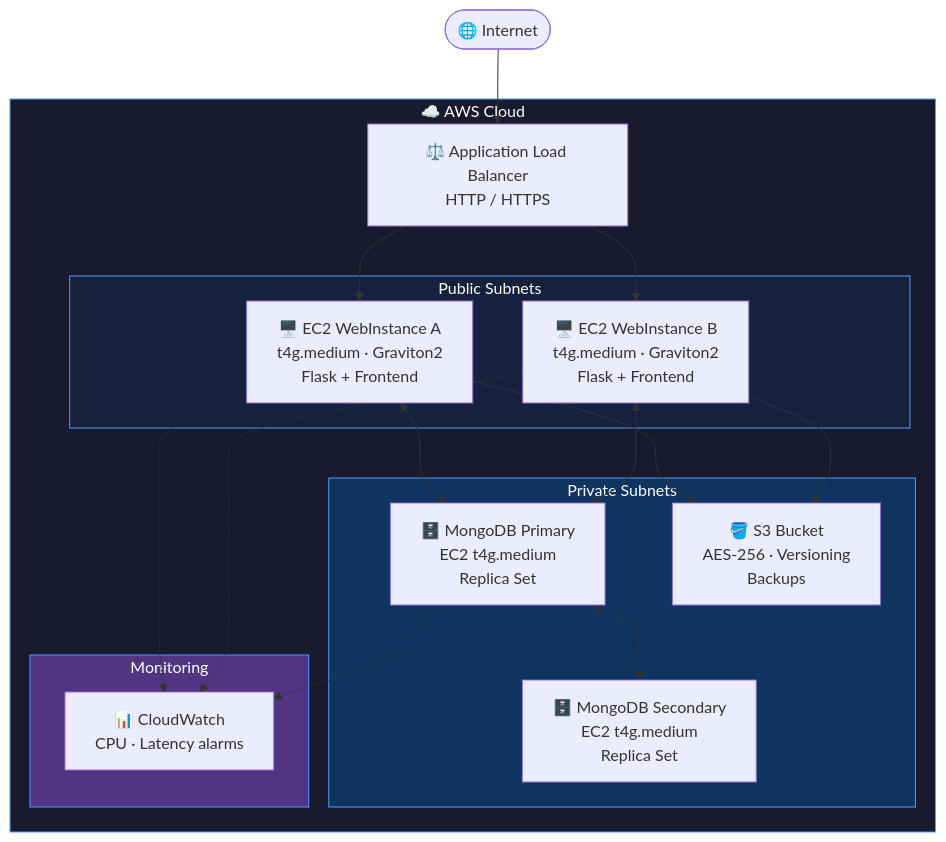
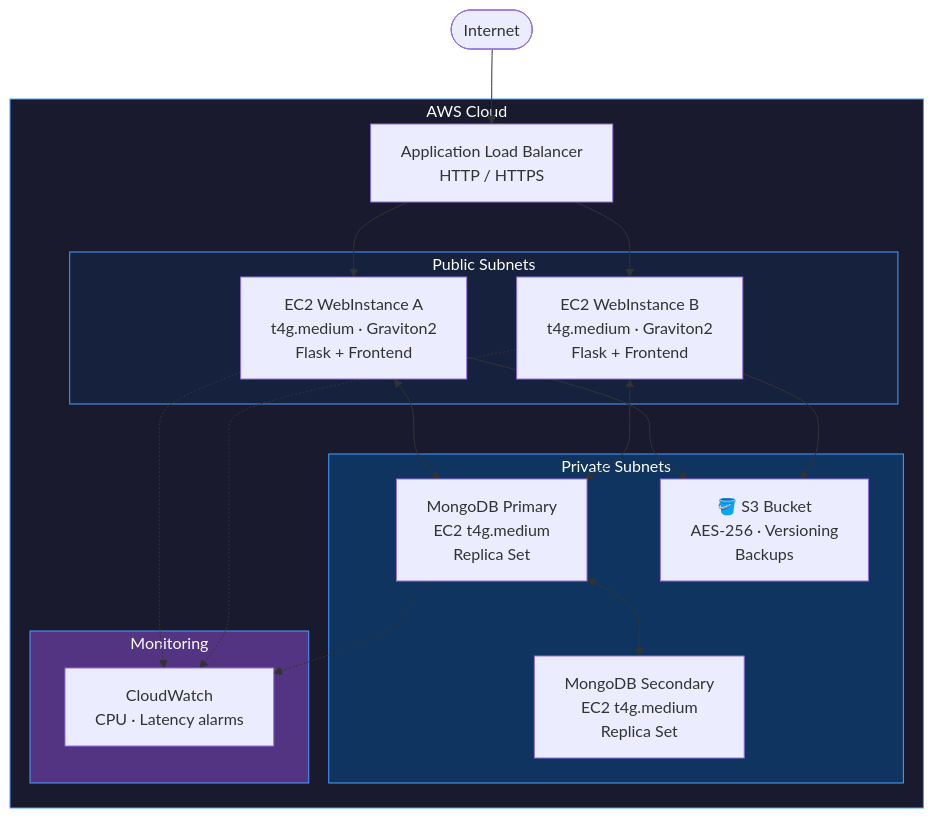
Before and after one commit to gvmmo/ThreatHunt: the first of 3 diagrams in docs/architecture.md, drawn with Mermaid. The commit also changed other lines of this file, not shown here.

````diff
--- a/docs/architecture.md
+++ b/docs/architecture.md
@@ -11,39 +11,39 @@
 ```mermaid
 graph TD
-    Internet([🌐 Internet]) --> ALB
+    Internet([Internet]) --> ALB
  
-    subgraph AWS ["☁️ AWS Cloud"]
-        ALB["⚖️ Application Load Balancer\nHTTP / HTTPS"]
+    subgraph AWS ["AWS Cloud"]
+        ALB["Application Load Balancer\nHTTP / HTTPS"]
  
         subgraph Public ["Public Subnets"]
-            WebA["🖥️ EC2 WebInstance A\nt4g.medium · Graviton2\nFlask + Frontend"]
-            WebB["🖥️ EC2 WebInstance B\nt4g.medium · Graviton2\nFlask + Frontend"]
+            WebA["EC2 WebInstance A\nt4g.medium · Graviton2\nFlask + Frontend"]
+            WebB["EC2 WebInstance B\nt4g.medium · Graviton2\nFlask + Frontend"]
         end
  
         subgraph Private ["Private Subnets"]
-            MongoPrimary["🗄️ MongoDB Primary\nEC2 t4g.medium\nReplica Set"]
-            MongoSecondary["🗄️ MongoDB Secondary\nEC2 t4g.medium\nReplica Set"]
+            MongoPrimary["MongoDB Primary\nEC2 t4g.medium\nReplica Set"]
+            MongoSecondary["MongoDB Secondary\nEC2 t4g.medium\nReplica Set"]
             S3["🪣 S3 Bucket\nAES-256 · Versioning\nBackups"]
         end
  
         subgraph Monitoring ["Monitoring"]
-            CloudWatch["📊 CloudWatch\nCPU · Latency alarms"]
+            CloudWatch["CloudWatch\nCPU · Latency alarms"]
         end
     end
  
     ALB --> WebA
     ALB --> WebB
     WebA <--> MongoPrimary
     WebB <--> MongoPrimary
     MongoPrimary <--> MongoSecondary
     WebA --> S3
     WebB --> S3
     WebA -.-> CloudWatch
     WebB -.-> CloudWatch
     MongoPrimary -.-> CloudWatch
  
     style AWS fill:#1a1a2e,stroke:#4a9eff,color:#fff
     style Public fill:#16213e,stroke:#4a9eff,color:#fff
     style Private fill:#0f3460,stroke:#4a9eff,color:#fff
     style Monitoring fill:#533483,stroke:#4a9eff,color:#fff
 ```
````
